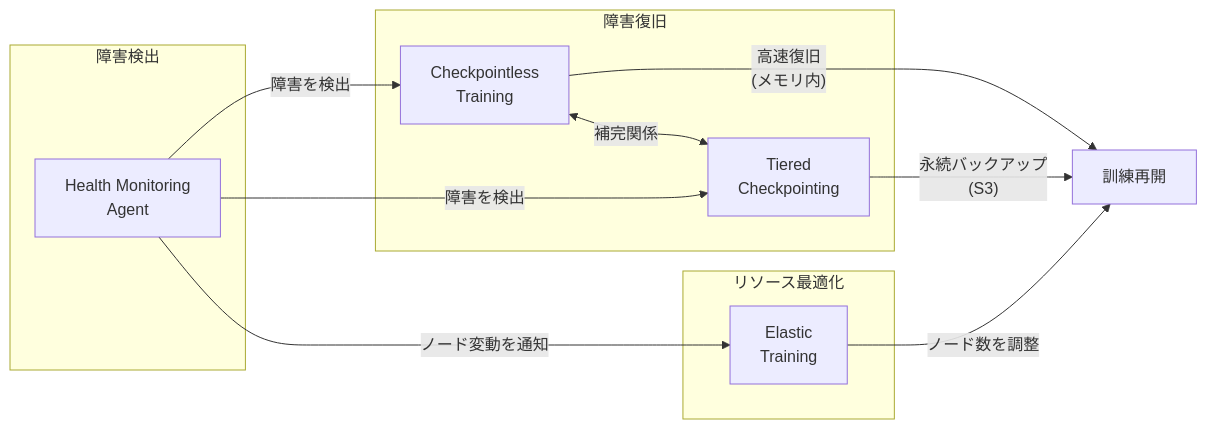
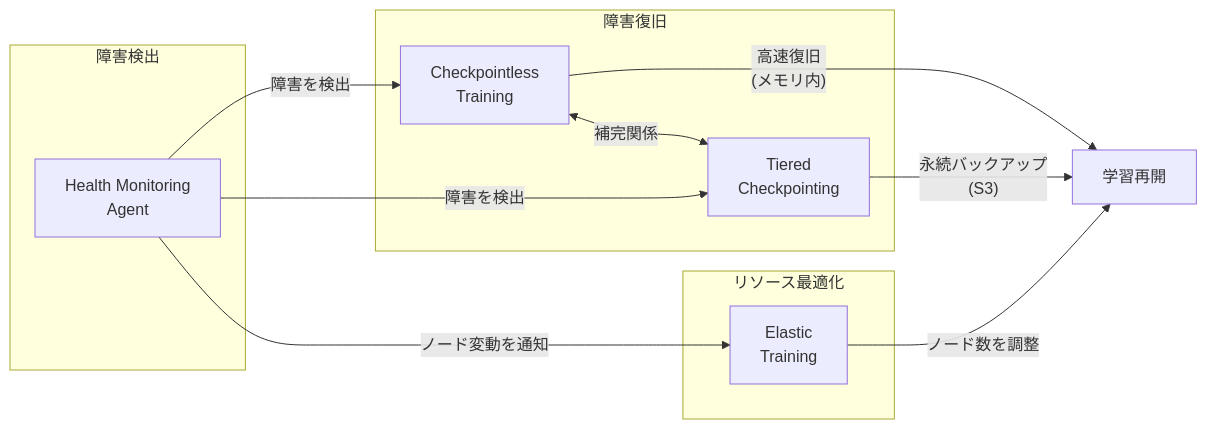
One commit to littlemex/zenn changed diagram 12 of 13 in articles/45a746434b2090.md. Above: the diagram before and after it, drawn with Mermaid. The commit also changed other lines of this file, not shown here.

````diff
--- a/articles/45a746434b2090.md
+++ b/articles/45a746434b2090.md
@@ -1272,25 +1924,25 @@
 ```mermaid
 graph LR
     subgraph "障害検出"
         HMA["Health Monitoring<br/>Agent"]
     end
 
     subgraph "障害復旧"
         CL["Checkpointless<br/>Training"]
         TC["Tiered<br/>Checkpointing"]
     end
 
     subgraph "リソース最適化"
         ET["Elastic<br/>Training"]
     end
 
     HMA -->|"障害を検出"| CL
     HMA -->|"障害を検出"| TC
     HMA -->|"ノード変動を通知"| ET
 
-    CL -->|"高速復旧<br/>(メモリ内)"| Recovery["訓練再開"]
+    CL -->|"高速復旧<br/>(メモリ内)"| Recovery["学習再開"]
     TC -->|"永続バックアップ<br/>(S3)"| Recovery
     ET -->|"ノード数を調整"| Recovery
 
     CL <-->|"補完関係"| TC
 ```
````
